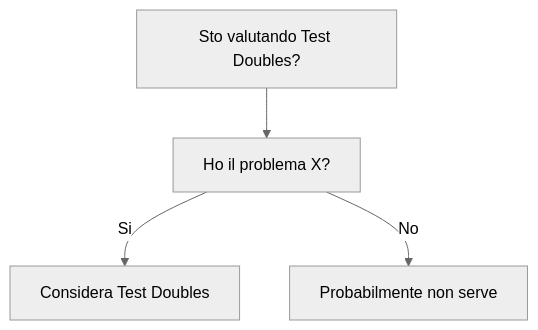
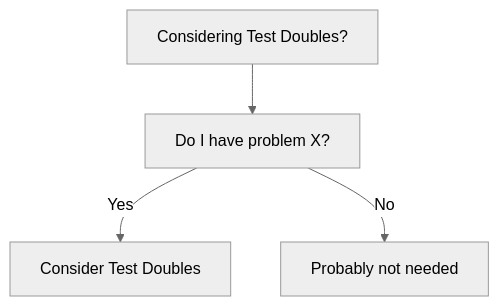
The diagram in dev-wiki/09_Testing/Test_Doubles/When_To_Use.md (HxT9/Software-Dev-Wiki), drawn with Mermaid (neutral theme) before and after one commit. The commit also changed other lines of this file and 3444 other files, not shown here.

````diff
--- a/dev-wiki/09_Testing/Test_Doubles/When_To_Use.md
+++ b/dev-wiki/09_Testing/Test_Doubles/When_To_Use.md
@@ -19,6 +19,6 @@
 ```mermaid
 flowchart TD
-  Q[Sto valutando Test Doubles?] --> Q1[Ho il problema X?]
-  Q1 -->|Si| OK[Considera Test Doubles]
-  Q1 -->|No| NO[Probabilmente non serve]
+  Q[Considering Test Doubles?] --> Q1[Do I have problem X?]
+  Q1 -->|Yes| OK[Consider Test Doubles]
+  Q1 -->|No| NO[Probably not needed]
 ```
````
